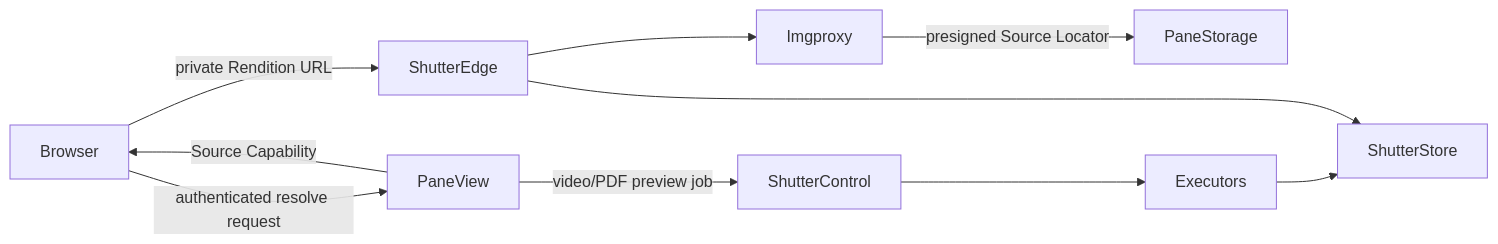
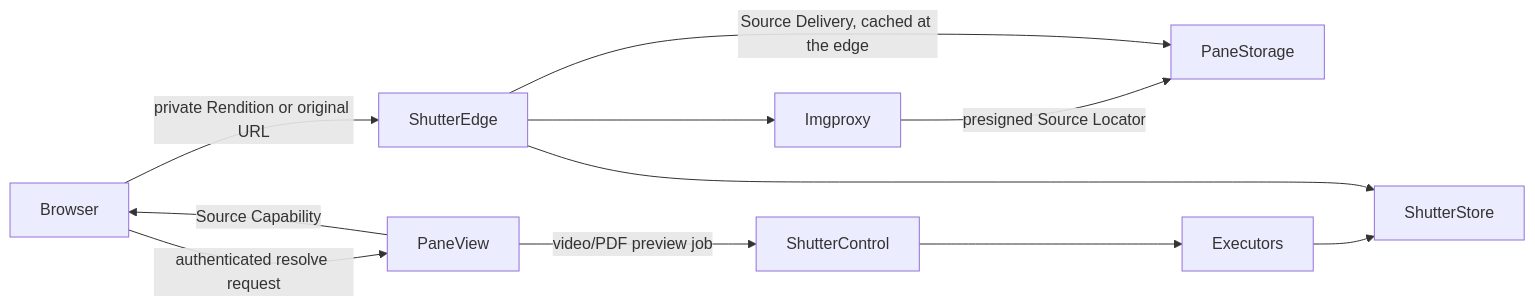
Before and after one commit to Traydr/latch-works: the diagram in docs/ARCHITECTURE.md, drawn with Mermaid. The commit also changed other lines of this file and 8 other files, not shown here.

Commit message:
feat(pane-view): serve video and PDF originals through Shutter

````diff
--- a/docs/ARCHITECTURE.md
+++ b/docs/ARCHITECTURE.md
@@ -48,12 +48,13 @@
 ```mermaid
 flowchart LR
   Browser -->|authenticated resolve request| PaneView
   PaneView -->|Source Capability| Browser
-  Browser -->|private Rendition URL| ShutterEdge
+  Browser -->|private Rendition or original URL| ShutterEdge
   ShutterEdge --> Imgproxy
   Imgproxy -->|presigned Source Locator| PaneStorage
+  ShutterEdge -->|Source Delivery, cached at the edge| PaneStorage
   PaneView -->|video/PDF preview job| ShutterControl
   ShutterControl --> Executors
   Executors --> ShutterStore
   ShutterEdge --> ShutterStore
 ```
````
